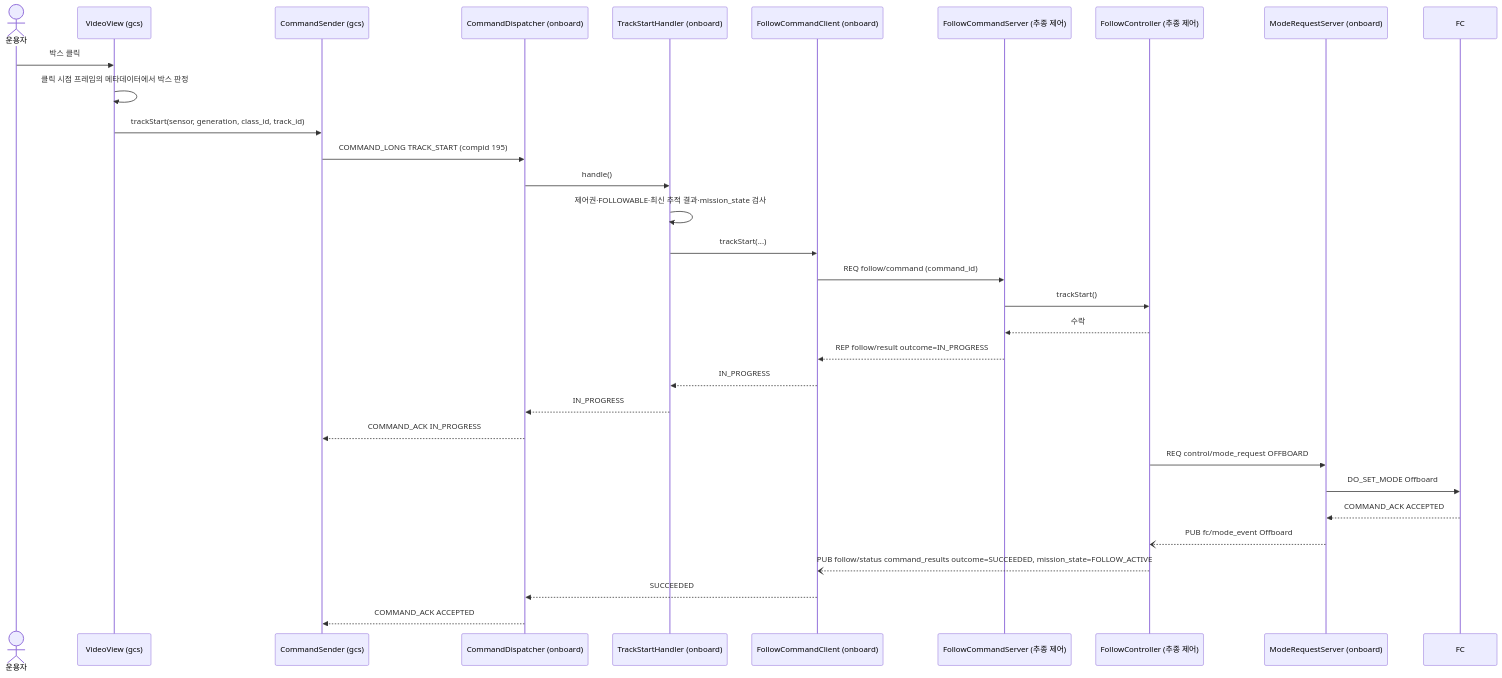
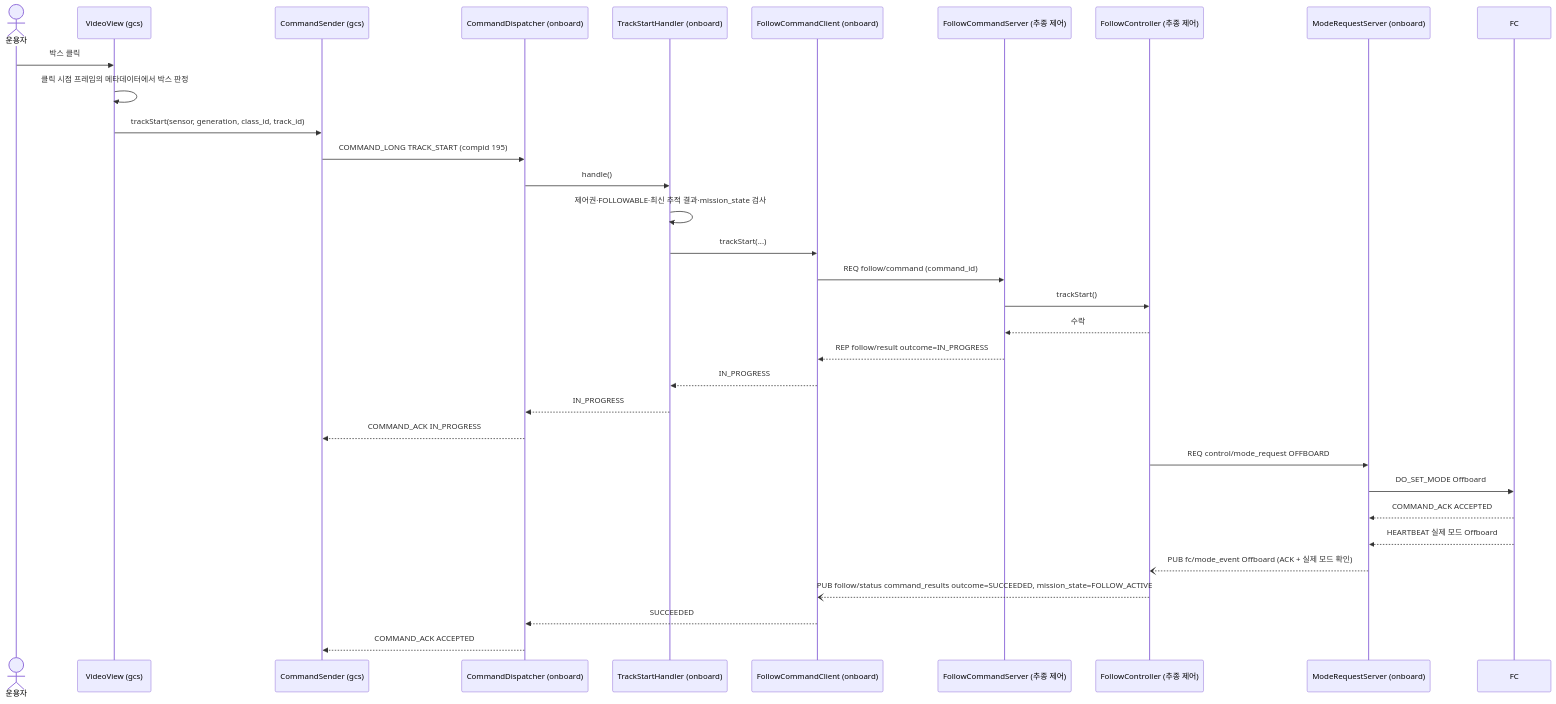
Before and after one commit to lig-argus/argus-edge-vision: the first of 4 diagrams in docs/design/uml/sequence.md, drawn with Mermaid. The commit also changed other lines of this file and 5 other files, not shown here.

First line of the commit message:
docs: UML 에 추적·추종 담당 리뷰 반영

````diff
--- a/docs/design/uml/sequence.md
+++ b/docs/design/uml/sequence.md
@@ -11,35 +11,36 @@
 ```mermaid
 sequenceDiagram
     actor op as 운용자
     participant view as VideoView (gcs)
     participant cmd as CommandSender (gcs)
     participant disp as CommandDispatcher (onboard)
     participant ts as TrackStartHandler (onboard)
     participant fcc as FollowCommandClient (onboard)
     participant srv as FollowCommandServer (추종 제어)
     participant ctl as FollowController (추종 제어)
     participant mode as ModeRequestServer (onboard)
     participant fc as FC
 
     op->>view: 박스 클릭
     view->>view: 클릭 시점 프레임의 메타데이터에서 박스 판정
     view->>cmd: trackStart(sensor, generation, class_id, track_id)
     cmd->>disp: COMMAND_LONG TRACK_START (compid 195)
     disp->>ts: handle()
     ts->>ts: 제어권·FOLLOWABLE·최신 추적 결과·mission_state 검사
     ts->>fcc: trackStart(...)
     fcc->>srv: REQ follow/command (command_id)
     srv->>ctl: trackStart()
     ctl-->>srv: 수락
     srv-->>fcc: REP follow/result outcome=IN_PROGRESS
     fcc-->>ts: IN_PROGRESS
     ts-->>disp: IN_PROGRESS
     disp-->>cmd: COMMAND_ACK IN_PROGRESS
     ctl->>mode: REQ control/mode_request OFFBOARD
     mode->>fc: DO_SET_MODE Offboard
     fc-->>mode: COMMAND_ACK ACCEPTED
-    mode--)ctl: PUB fc/mode_event Offboard
+    fc-->>mode: HEARTBEAT 실제 모드 Offboard
+    mode--)ctl: PUB fc/mode_event Offboard (ACK + 실제 모드 확인)
     ctl--)fcc: PUB follow/status command_results outcome=SUCCEEDED, mission_state=FOLLOW_ACTIVE
     fcc-->>disp: SUCCEEDED
     disp-->>cmd: COMMAND_ACK ACCEPTED
 ```
````
